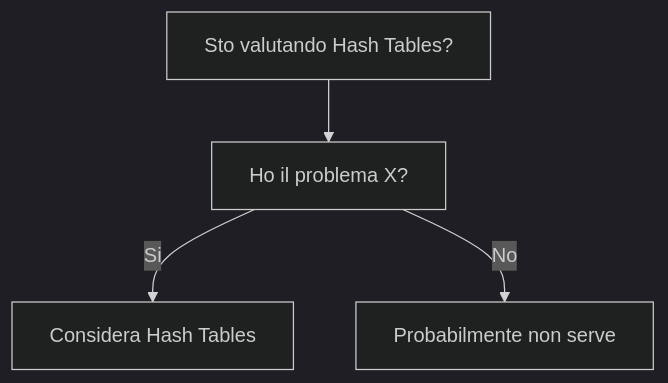
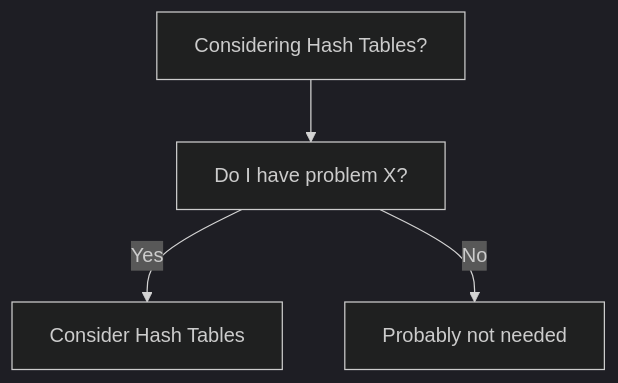
The diagram in dev-wiki/15_Algorithms_DataStructures/Hash_Tables/When_To_Use.md (HxT9/Software-Dev-Wiki), drawn with Mermaid (dark theme) before and after one commit. The commit also changed other lines of this file and 3444 other files, not shown here.

````diff
--- a/dev-wiki/15_Algorithms_DataStructures/Hash_Tables/When_To_Use.md
+++ b/dev-wiki/15_Algorithms_DataStructures/Hash_Tables/When_To_Use.md
@@ -19,6 +19,6 @@
 ```mermaid
 flowchart TD
-  Q[Sto valutando Hash Tables?] --> Q1[Ho il problema X?]
-  Q1 -->|Si| OK[Considera Hash Tables]
-  Q1 -->|No| NO[Probabilmente non serve]
+  Q[Considering Hash Tables?] --> Q1[Do I have problem X?]
+  Q1 -->|Yes| OK[Consider Hash Tables]
+  Q1 -->|No| NO[Probably not needed]
 ```
````
